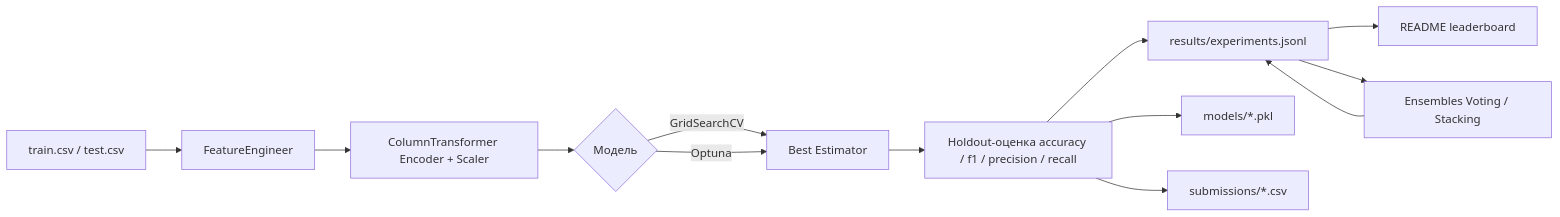
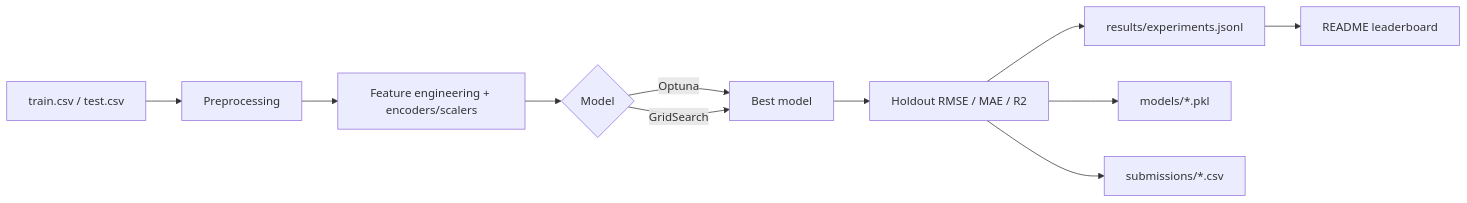
One commit to Danchesy/House_Prices changed the diagram in README.md. Above: the diagram before and after it, drawn with Mermaid. The commit also changed other lines of this file and 13 other files, not shown here.

````diff
--- a/README.md
+++ b/README.md
@@ -55,15 +28,13 @@
 ```mermaid
 flowchart LR
-    A[train.csv / test.csv] --> B[FeatureEngineer]
-    B --> C[ColumnTransformer Encoder + Scaler]
-    C --> D{Модель}
-    D -->|GridSearchCV| E[Best Estimator]
-    D -->|Optuna| E
-    E --> F[Holdout-оценка accuracy / f1 / precision / recall]
+    A[train.csv / test.csv] --> B[Preprocessing]
+    B --> C[Feature engineering + encoders/scalers]
+    C --> D{Model}
+    D -->|Optuna| E[Best model]
+    D -->|GridSearch| E
+    E --> F[Holdout RMSE / MAE / R2]
     F --> G[results/experiments.jsonl]
     G --> H[README leaderboard]
-    G --> I[Ensembles Voting / Stacking]
-    I --> G
-    F --> J[models/*.pkl]
-    F --> K[submissions/*.csv]
+    F --> I[models/*.pkl]
+    F --> J[submissions/*.csv]
 ```
````
